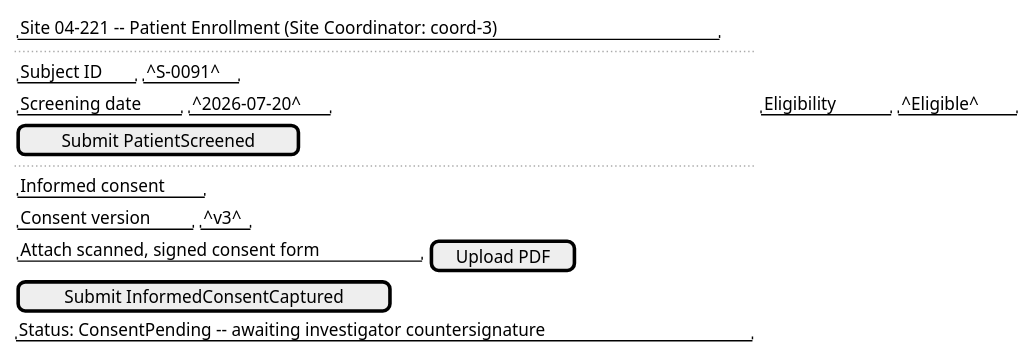
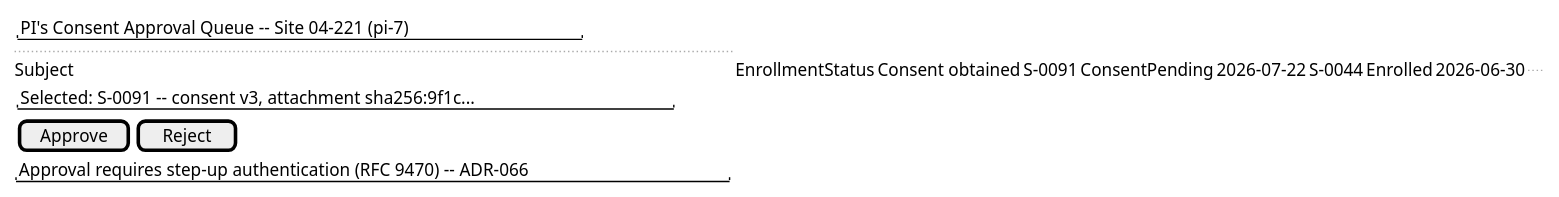
The seventh of 8 diagrams in docs/domains/clinical-trials-device-telemetry/features/patient-enrollment-and-informed-consent.md (Mwwhited-BookLearning/EventSourcing), drawn with PlantUML before and after one commit. The commit also changed other lines of this file and 9 other files, not shown here.

````diff
--- a/docs/domains/clinical-trials-device-telemetry/features/patient-enrollment-and-informed-consent.md
+++ b/docs/domains/clinical-trials-device-telemetry/features/patient-enrollment-and-informed-consent.md
@@ -337,25 +386,15 @@
 ```plantuml
 @startsalt
 {
-  { "Site 04-221 -- Patient Enrollment (Site Coordinator: coord-3)" }
+  { "PI's Consent Approval Queue -- Site 04-221 (pi-7)" }
   ..
-  { "Subject ID" | "^S-0091^" }
-  { "Screening date" | "^2026-07-20^" } | { "Eligibility" | "^Eligible^" }
-  [ Submit PatientScreened ]
+  | Subject | EnrollmentStatus  | Consent obtained |
+  | S-0091  | ConsentPending    | 2026-07-22        |
+  | S-0044  | Enrolled          | 2026-06-30        |
   ..
-  { "Informed consent" }
-  { "Consent version" | "^v3^" }
-  { "Attach scanned, signed consent form" | [ Upload PDF ] }
-  [ Submit InformedConsentCaptured ]
-  "Status: ConsentPending -- awaiting investigator countersignature"
+  { "Selected: S-0091 -- consent v3, attachment sha256:9f1c..." }
+  { [ Approve ] | [ Reject ] }
+  "Approval requires step-up authentication (RFC 9470) -- ADR-066"
 }
-{ "PI's Consent Approval Queue -- Site 04-221 (pi-7)" }
-..
-| Subject | EnrollmentStatus  | Consent obtained |
-| S-0091  | ConsentPending    | 2026-07-22        |
-| S-0044  | Enrolled          | 2026-06-30        |
-..
-{ "Selected: S-0091 -- consent v3, attachment sha256:9f1c..." }
-{ [ Approve ] | [ Reject ] }
-"Approval requires step-up authentication (RFC 9470) -- ADR-066"
+@endsalt
 ```
````
